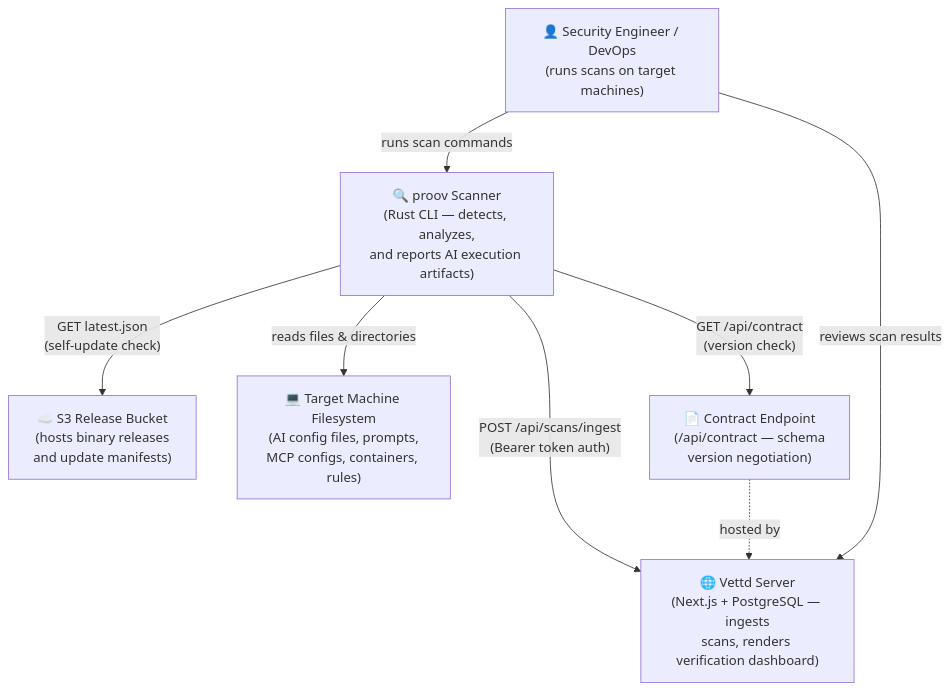
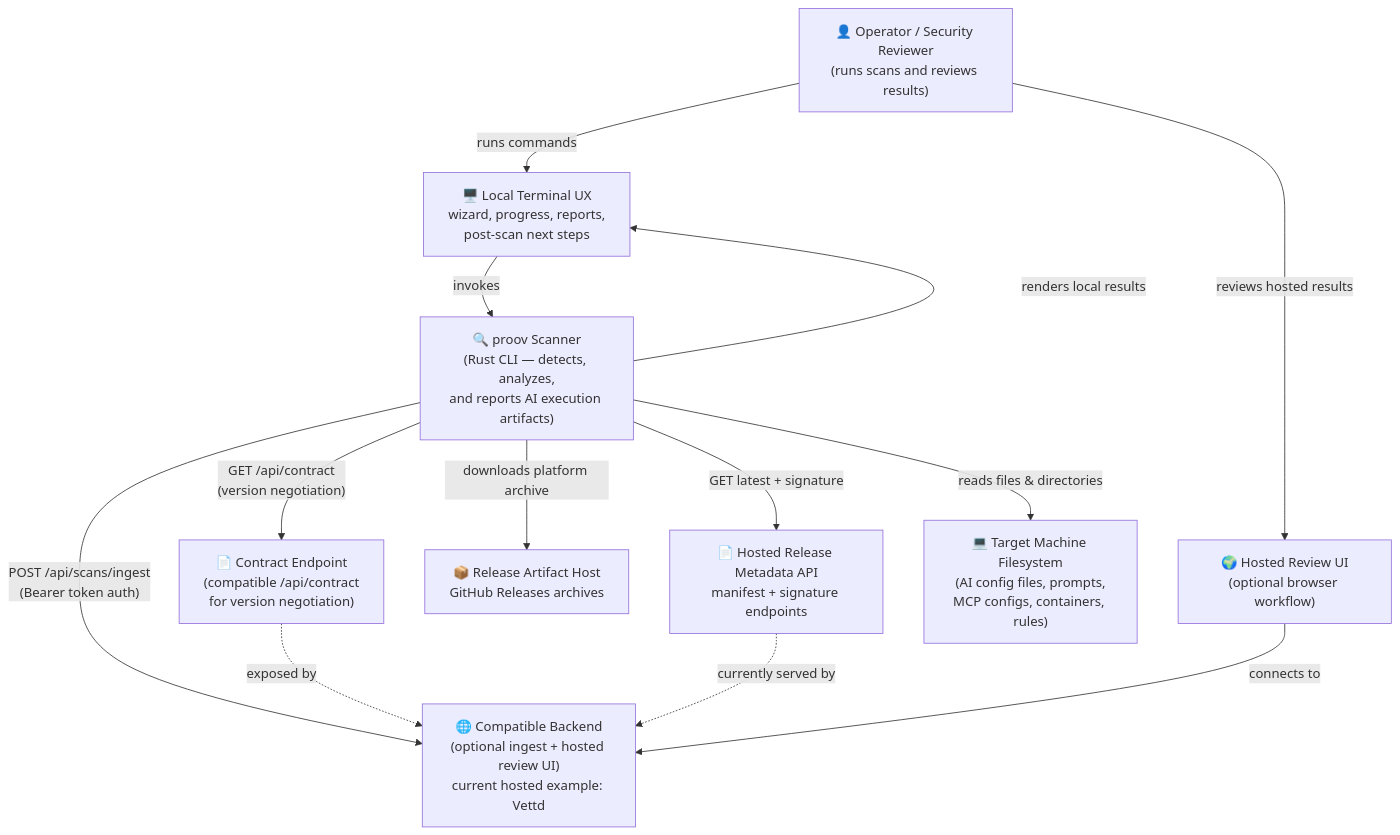
Before and after one commit to AgenticHighway/proov: the diagram in docs/c4-level1-context.md, drawn with Mermaid. The commit also changed other lines of this file and 6 other files, not shown here.

Commit message:
docs: enhance documentation with user flows and clarify architecture details

````diff
--- a/docs/c4-level1-context.md
+++ b/docs/c4-level1-context.md
@@ -5,17 +5,25 @@
 ```mermaid
 flowchart TD
-    User["👤 Security Engineer / DevOps\n(runs scans on target machines)"]
+    User["👤 Operator / Security Reviewer\n(runs scans and reviews results)"]
+    Terminal["🖥️ Local Terminal UX\nwizard, progress, reports,\npost-scan next steps"]
     Proov["🔍 proov Scanner\n(Rust CLI — detects, analyzes,\nand reports AI execution artifacts)"]
-    Vettd["🌐 Vettd Server\n(Next.js + PostgreSQL — ingests\nscans, renders verification dashboard)"]
-    S3["☁️ S3 Release Bucket\n(hosts binary releases\nand update manifests)"]
+    Backend["🌐 Compatible Backend\n(optional ingest + hosted review UI)\ncurrent hosted example: Vettd"]
+    Contract["📄 Contract Endpoint\n(compatible /api/contract\nfor version negotiation)"]
+    ReleaseAPI["📄 Hosted Release Metadata API\nmanifest + signature endpoints"]
+    Releases["📦 Release Artifact Host\nGitHub Releases archives"]
+    Browser["🌍 Hosted Review UI\n(optional browser workflow)"]
     FS["💻 Target Machine Filesystem\n(AI config files, prompts,\nMCP configs, containers, rules)"]
-    Contract["📄 Contract Endpoint\n(/api/contract — schema\nversion negotiation)"]
 
-    User -->|"runs scan commands"| Proov
+    User -->|"runs commands"| Terminal
+    Terminal -->|"invokes"| Proov
     Proov -->|"reads files & directories"| FS
-    Proov -->|"POST /api/scans/ingest\n(Bearer token auth)"| Vettd
-    Proov -->|"GET /api/contract\n(version check)"| Contract
-    Contract -.->|"hosted by"| Vettd
-    Proov -->|"GET latest.json\n(self-update check)"| S3
-    User -->|"reviews scan results"| Vettd
+    Proov -->|"renders local results"| Terminal
+    Proov -->|"POST /api/scans/ingest\n(Bearer token auth)"| Backend
+    Proov -->|"GET /api/contract\n(version negotiation)"| Contract
+    Contract -.->|"exposed by"| Backend
+    Proov -->|"GET latest + signature"| ReleaseAPI
+    ReleaseAPI -.->|"currently served by"| Backend
+    Proov -->|"downloads platform archive"| Releases
+    User -->|"reviews hosted results"| Browser
+    Browser -->|"connects to"| Backend
 ```
````
